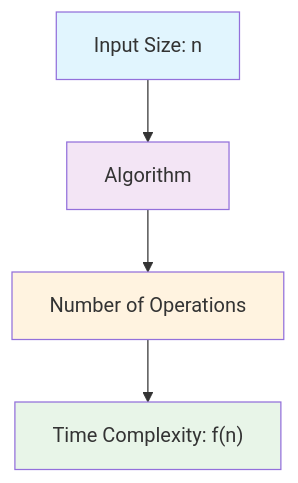
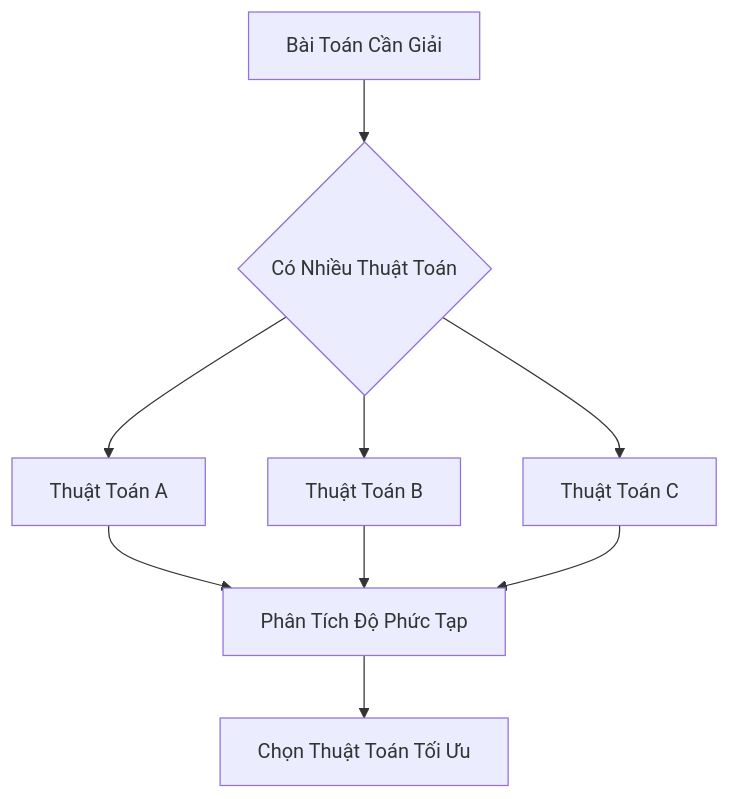
One commit to khieu-dv/vievlog changed the first of 3 diagrams in src/content/soft-skills/dsa/bai-7.mdx. Above: the diagram before and after it, drawn with Mermaid. The commit also changed other lines of this file and 8 other files, not shown here.

````diff
--- a/src/content/soft-skills/dsa/bai-7.mdx
+++ b/src/content/soft-skills/dsa/bai-7.mdx
@@ -46,11 +24,11 @@
 ```mermaid
 graph TD
-    A[Input Size: n] --> B[Algorithm]
-    B --> C[Number of Operations]
-    C --> D["Time Complexity: f(n)"]
-
-    style A fill:#e1f5fe
-    style B fill:#f3e5f5
-    style C fill:#fff3e0
-    style D fill:#e8f5e8
+    A[Bài Toán Cần Giải] --> B{Có Nhiều Thuật Toán}
+    B --> C[Thuật Toán A]
+    B --> D[Thuật Toán B]
+    B --> E[Thuật Toán C]
+    C --> F[Phân Tích Độ Phức Tạp]
+    D --> F
+    E --> F
+    F --> G[Chọn Thuật Toán Tối Ưu]
 ```
````
